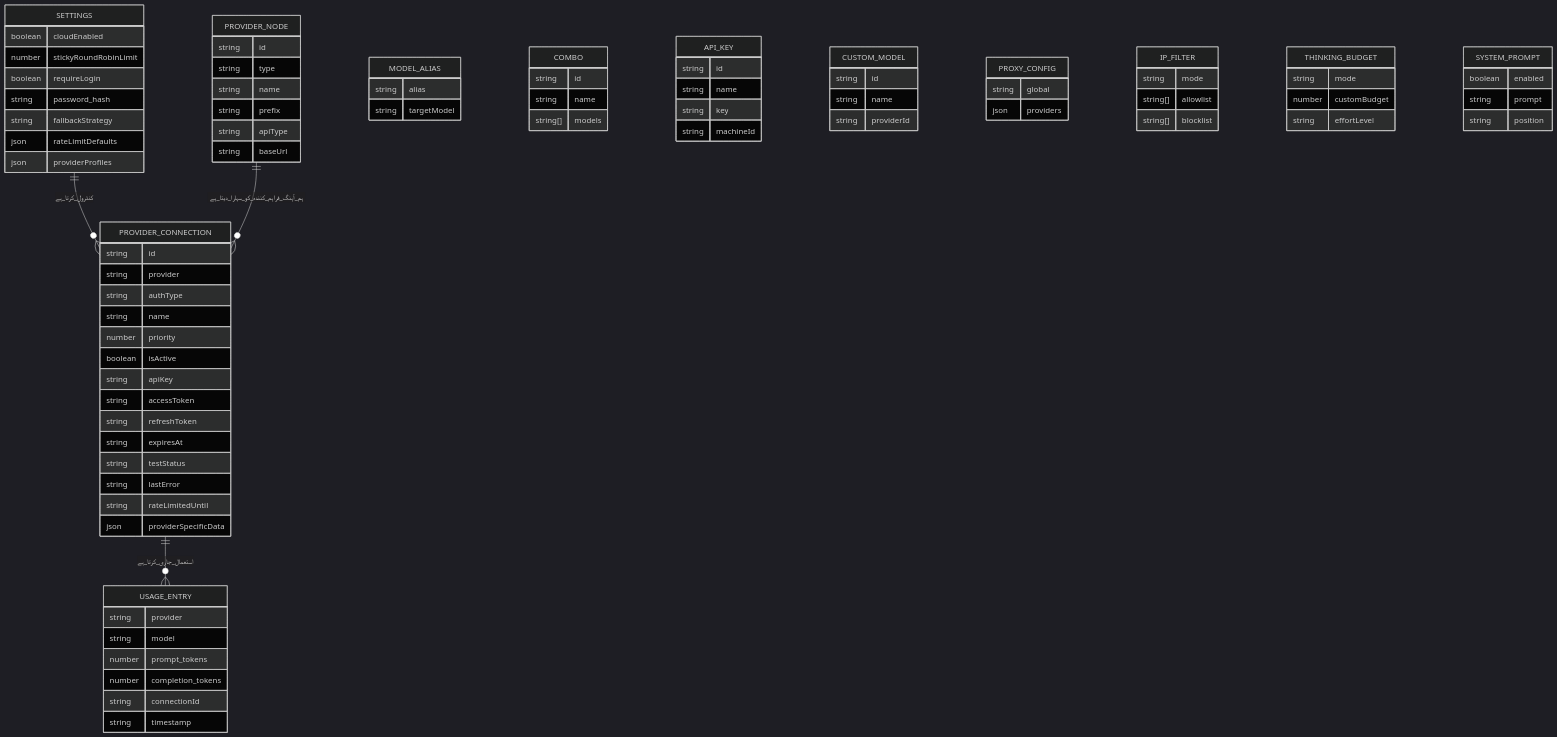
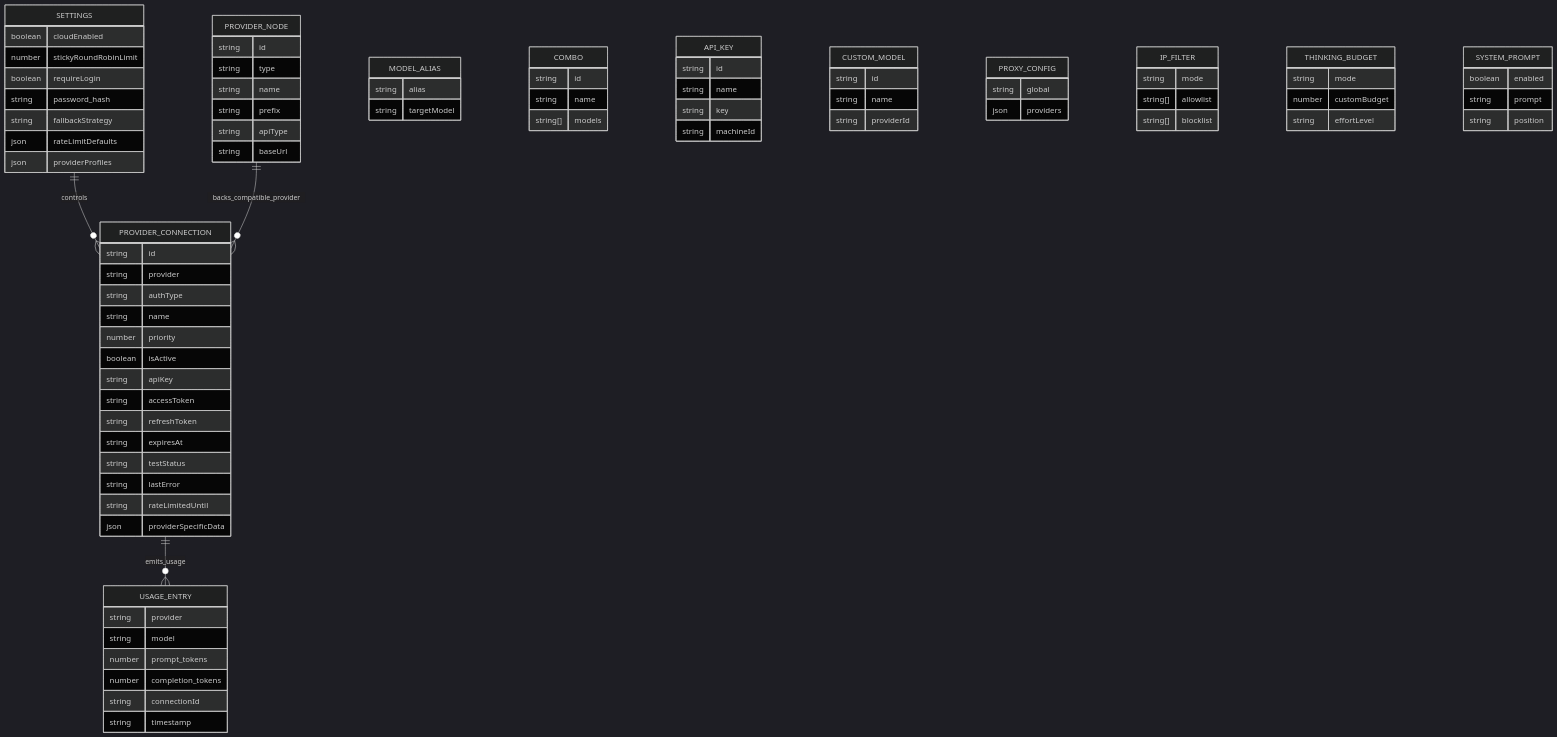
Before and after one commit to niyatna/NiyatnaRoute: the sixth of 7 diagrams in docs/i18n/ur/docs/architecture/ARCHITECTURE.md, drawn with Mermaid (dark theme). The commit also changed other lines of this file and 2447 other files, not shown here.

````diff
--- a/docs/i18n/ur/docs/architecture/ARCHITECTURE.md
+++ b/docs/i18n/ur/docs/architecture/ARCHITECTURE.md
@@ -701,8 +475,8 @@
 ```mermaid
 erDiagram
-    SETTINGS ||--o{ PROVIDER_CONNECTION : کنٹرول_کرتا_ہے
-    PROVIDER_NODE ||--o{ PROVIDER_CONNECTION : ہم_آہنگ_فراہم_کنندہ_کو_سہارا_دیتا_ہے
-    PROVIDER_CONNECTION ||--o{ USAGE_ENTRY : استعمال_جاری_کرتا_ہے
+    SETTINGS ||--o{ PROVIDER_CONNECTION : controls
+    PROVIDER_NODE ||--o{ PROVIDER_CONNECTION : backs_compatible_provider
+    PROVIDER_CONNECTION ||--o{ USAGE_ENTRY : emits_usage
 
     SETTINGS {
       boolean cloudEnabled
````
